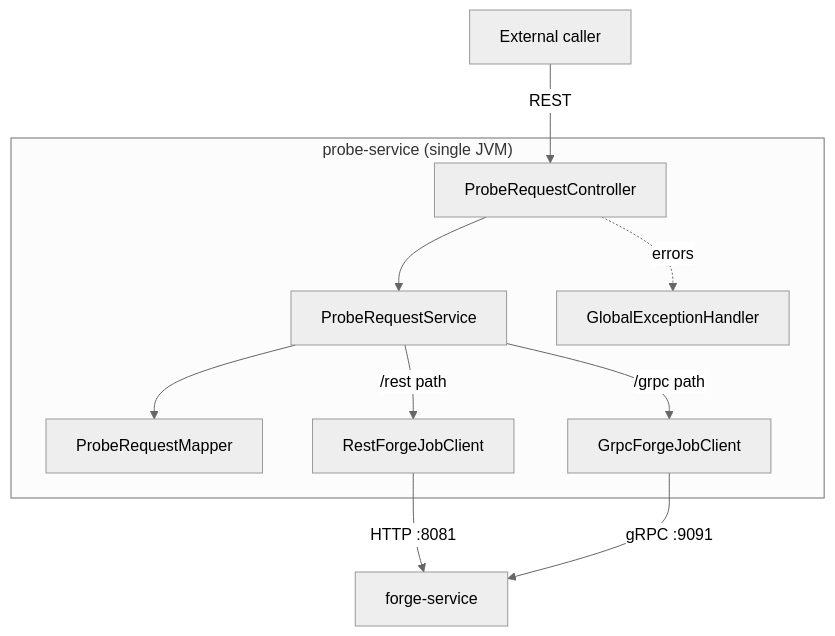
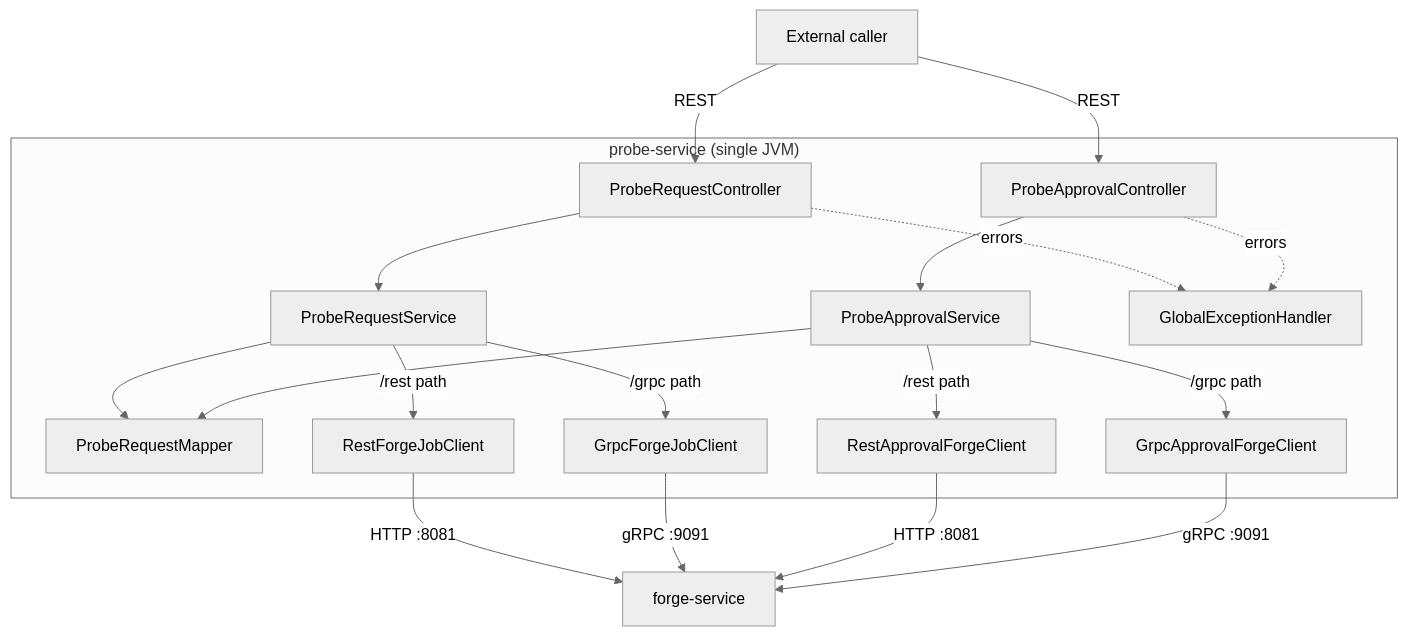
One commit to Jenish16/probe-service changed the diagram in docs/architecture.md. Above: the diagram before and after it, drawn with Mermaid (neutral theme). The commit also changed other lines of this file and 42 other files, not shown here.

First line of the commit message:
Implement High-Power Artifact Approval (probe-service side)

````diff
--- a/docs/architecture.md
+++ b/docs/architecture.md
@@ -51,24 +55,36 @@
 ```mermaid
 flowchart TB
   Caller[External caller]
 
   subgraph Service["probe-service (single JVM)"]
     Api[ProbeRequestController]
+    ApprovalApi[ProbeApprovalController]
     Orchestrator[ProbeRequestService]
+    ApprovalOrchestrator[ProbeApprovalService]
     Mapper[ProbeRequestMapper]
     RestClient[RestForgeJobClient]
     GrpcClient[GrpcForgeJobClient]
+    RestApprovalClient[RestApprovalForgeClient]
+    GrpcApprovalClient[GrpcApprovalForgeClient]
     ErrHandler[GlobalExceptionHandler]
   end
 
   Forge[forge-service]
 
   Caller -- REST --> Api
+  Caller -- REST --> ApprovalApi
   Api --> Orchestrator
+  ApprovalApi --> ApprovalOrchestrator
   Orchestrator --> Mapper
+  ApprovalOrchestrator --> Mapper
   Orchestrator -- "/rest path" --> RestClient
   Orchestrator -- "/grpc path" --> GrpcClient
+  ApprovalOrchestrator -- "/rest path" --> RestApprovalClient
+  ApprovalOrchestrator -- "/grpc path" --> GrpcApprovalClient
   RestClient -- "HTTP :8081" --> Forge
   GrpcClient -- "gRPC :9091" --> Forge
+  RestApprovalClient -- "HTTP :8081" --> Forge
+  GrpcApprovalClient -- "gRPC :9091" --> Forge
   Api -.errors.-> ErrHandler
+  ApprovalApi -.errors.-> ErrHandler
 ```
````
